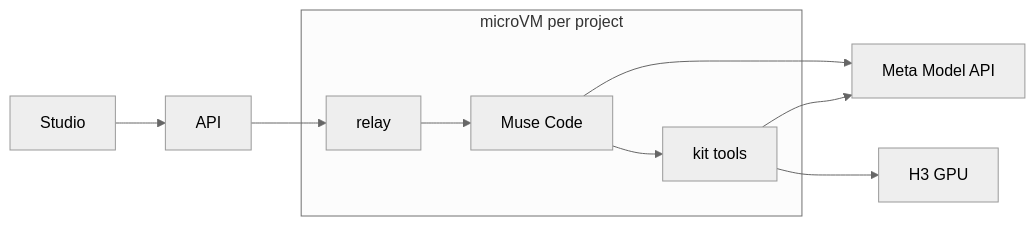
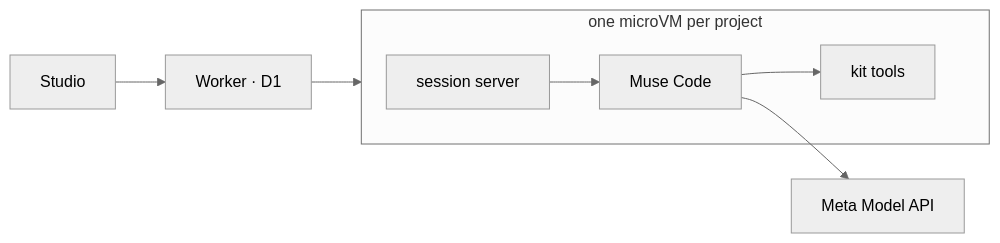
One commit to treksis/Shotprint changed the diagram in README.md. Above: the diagram before and after it, drawn with Mermaid (neutral theme). The commit also changed other lines of this file and 3 other files, not shown here.

````diff
--- a/README.md
+++ b/README.md
@@ -32,11 +26,9 @@
 ```mermaid
 flowchart LR
-  UI[Studio] --> API[API]
-  API --> R[relay]
-  subgraph microVM per project
-    R --> MC[Muse Code] --> KIT[kit tools]
+  UI[Studio] --> W[Worker · D1]
+  W --> VM
+  subgraph VM[one microVM per project]
+    S[session server] --> MC[Muse Code] --> KIT[kit tools]
   end
   MC --> META[Meta Model API]
-  KIT --> META
-  KIT --> H3[H3 GPU]
 ```
````
